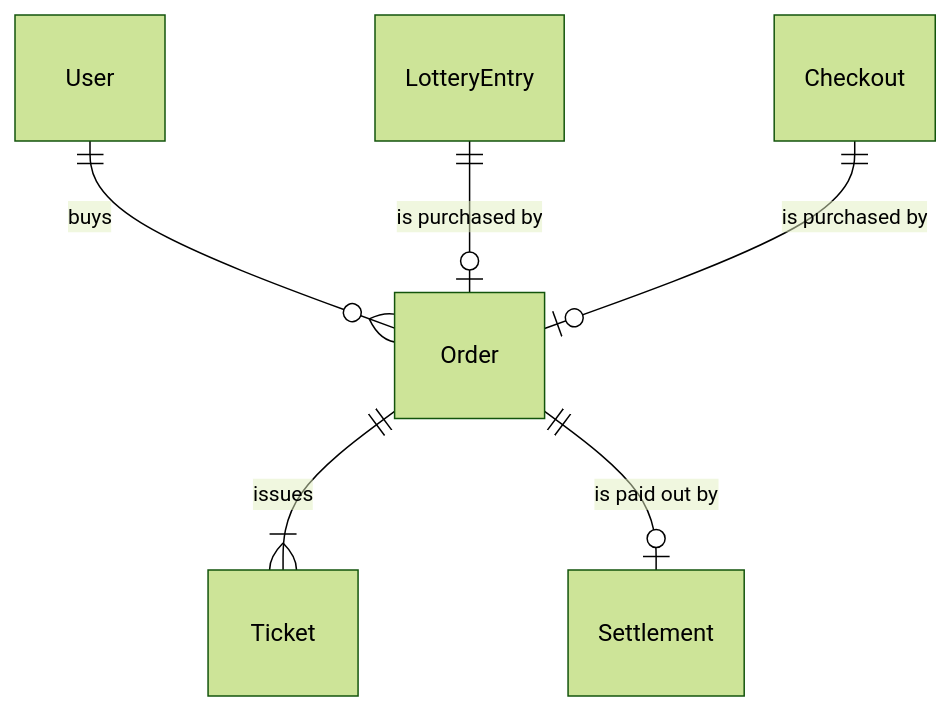
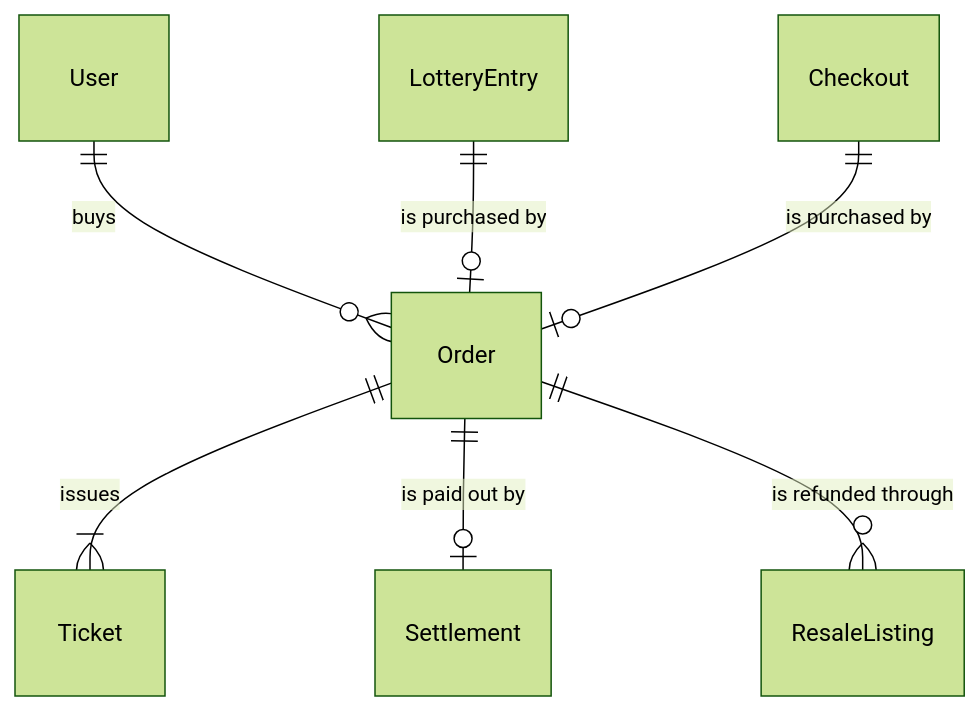
The first of 2 diagrams in openspec/specs/components/entity/order/spec.md (liverty-music/specification), drawn with Mermaid (forest theme) before and after one commit. The commit also changed 79 other files, not shown here.

````diff
--- a/openspec/specs/components/entity/order/spec.md
+++ b/openspec/specs/components/entity/order/spec.md
@@ -24,8 +24,9 @@
 ```mermaid
 erDiagram
   User ||--o{ Order : "buys"
   LotteryEntry ||--o| Order : "is purchased by"
   Checkout ||--o| Order : "is purchased by"
   Order ||--|{ Ticket : "issues"
   Order ||--o| Settlement : "is paid out by"
+  Order ||--o{ ResaleListing : "is refunded through"
 ```
````
